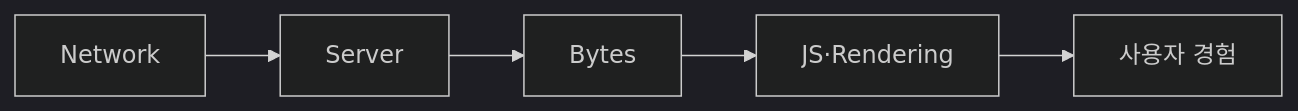
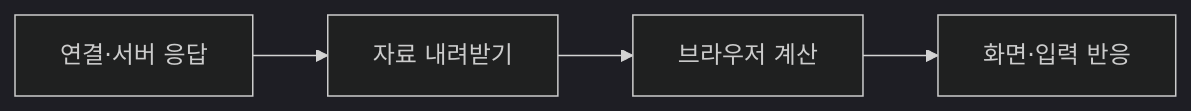
Before and after one commit to moocongpapa/it-study: the diagram in content/topics/web-performance.md, drawn with Mermaid (dark theme). The commit also changed other lines of this file and 71 other files, not shown here.

````diff
--- a/content/topics/web-performance.md
+++ b/content/topics/web-performance.md
@@ -6,4 +20,4 @@
 ```mermaid
 flowchart LR
-  N["Network"] --> S["Server"] --> B["Bytes"] --> J["JS·Rendering"] --> U["사용자 경험"]
+ A["연결·서버 응답"] --> B["자료 내려받기"] --> C["브라우저 계산"] --> D["화면·입력 반응"]
 ```
````
